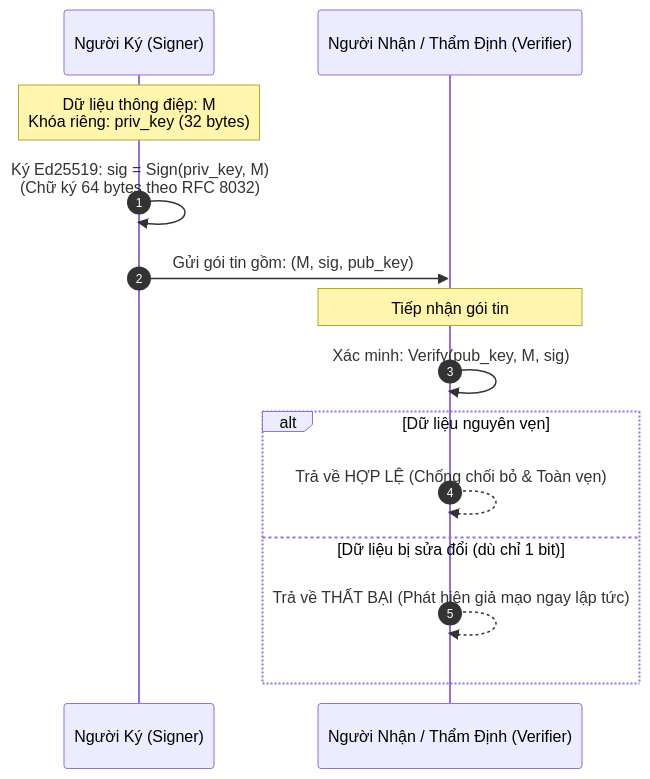
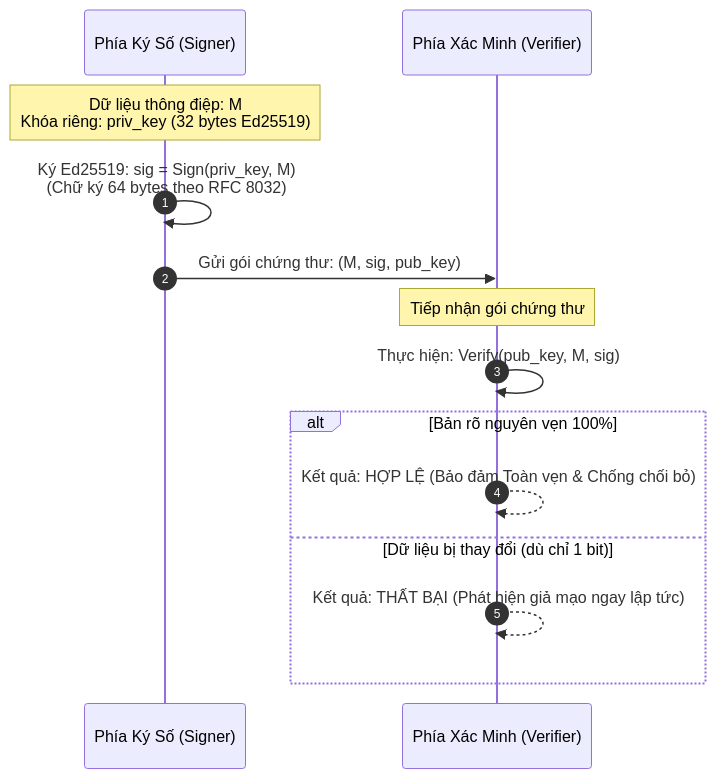
Before and after one commit to bangmanhbac-max/VNU-IS_ECC: the fourth of 6 diagrams in README.md, drawn with Mermaid. The commit also changed other lines of this file, not shown here.

Commit message:
docs: elevate README to publication-grade with full mathematical foundations, comprehensive diagrams, and deployment guide

````diff
--- a/README.md
+++ b/README.md
@@ -180,18 +262,18 @@
 ```mermaid
 sequenceDiagram
     autonumber
-    participant Signer as Người Ký (Signer)
-    participant Receiver as Người Nhận / Thẩm Định (Verifier)
+    participant Signer as Phía Ký Số (Signer)
+    participant Verifier as Phía Xác Minh (Verifier)
 
-    Note over Signer: Dữ liệu thông điệp: M<br/>Khóa riêng: priv_key (32 bytes)
+    Note over Signer: Dữ liệu thông điệp: M<br/>Khóa riêng: priv_key (32 bytes Ed25519)
     Signer->>Signer: Ký Ed25519: sig = Sign(priv_key, M)<br/>(Chữ ký 64 bytes theo RFC 8032)
-    Signer->>Receiver: Gửi gói tin gồm: (M, sig, pub_key)
+    Signer->>Verifier: Gửi gói chứng thư: (M, sig, pub_key)
 
-    Note over Receiver: Tiếp nhận gói tin
-    Receiver->>Receiver: Xác minh: Verify(pub_key, M, sig)
-    alt Dữ liệu nguyên vẹn
-        Receiver-->>Receiver: Trả về HỢP LỆ (Chống chối bỏ & Toàn vẹn)
-    else Dữ liệu bị sửa đổi (dù chỉ 1 bit)
-        Receiver-->>Receiver: Trả về THẤT BẠI (Phát hiện giả mạo ngay lập tức)
+    Note over Verifier: Tiếp nhận gói chứng thư
+    Verifier->>Verifier: Thực hiện: Verify(pub_key, M, sig)
+    alt Bản rõ nguyên vẹn 100%
+        Verifier-->>Verifier: Kết quả: HỢP LỆ (Bảo đảm Toàn vẹn & Chống chối bỏ)
+    else Dữ liệu bị thay đổi (dù chỉ 1 bit)
+        Verifier-->>Verifier: Kết quả: THẤT BẠI (Phát hiện giả mạo ngay lập tức)
     end
 ```
````
